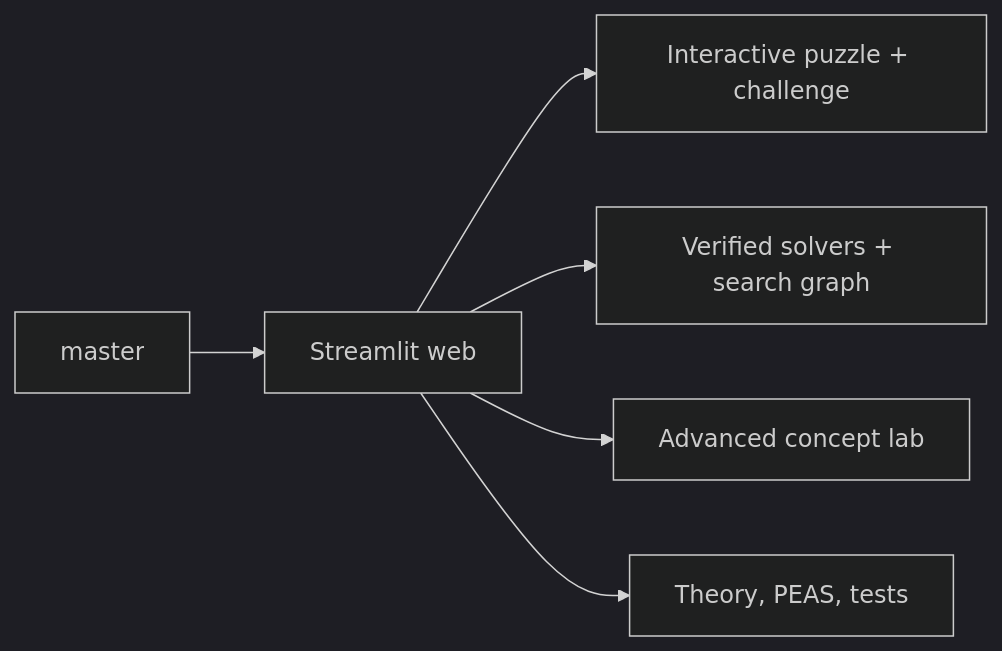
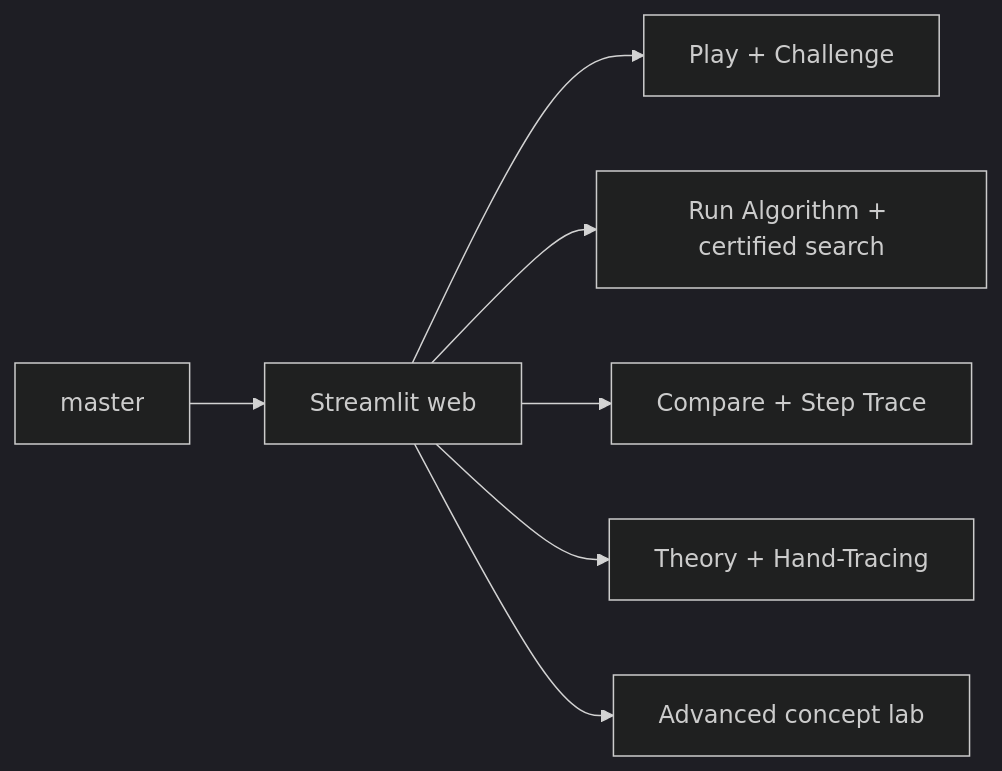
Before and after one commit to JasonTM17/AI_Algothrithm_Study_University: the diagram in docs/branch-and-release-tree.md, drawn with Mermaid (dark theme). The commit also changed other lines of this file and 10 other files, not shown here.

````diff
--- a/docs/branch-and-release-tree.md
+++ b/docs/branch-and-release-tree.md
@@ -5,8 +5,9 @@
 ```mermaid
 flowchart LR
-    M[master] --> W[Streamlit web]
-    W --> P[Interactive puzzle + challenge]
-    W --> S[Verified solvers + search graph]
-    W --> C[Advanced concept lab]
-    W --> T[Theory, PEAS, tests]
+    M["master"] --> W["Streamlit web"]
+    W --> P["Play + Challenge"]
+    W --> R["Run Algorithm + certified search"]
+    W --> C["Compare + Step Trace"]
+    W --> T["Theory + Hand-Tracing"]
+    W --> A["Advanced concept lab"]
 ```
````
